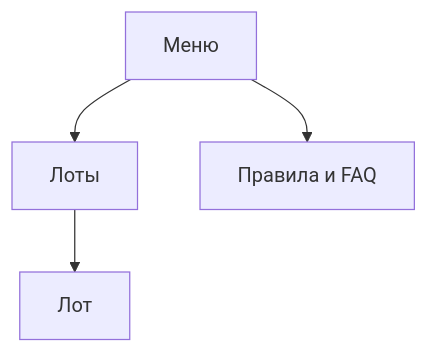
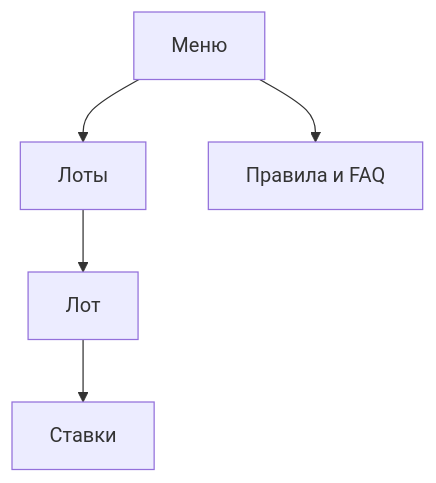
The second of 2 diagrams in docs/design/bot/design-code.md (Solguficky/solguficky-hub), drawn with Mermaid before and after one commit. The commit also changed other lines of this file and 58 other files, not shown here.

````diff
--- a/docs/design/bot/design-code.md
+++ b/docs/design/bot/design-code.md
@@ -76,7 +76,8 @@
 ```mermaid
 flowchart TD
     menu[Меню]
     menu --> feed[Лоты]
     menu --> faq[Правила и FAQ]
     feed --> lot[Лот]
+    lot --> history[Ставки]
 ```
````
